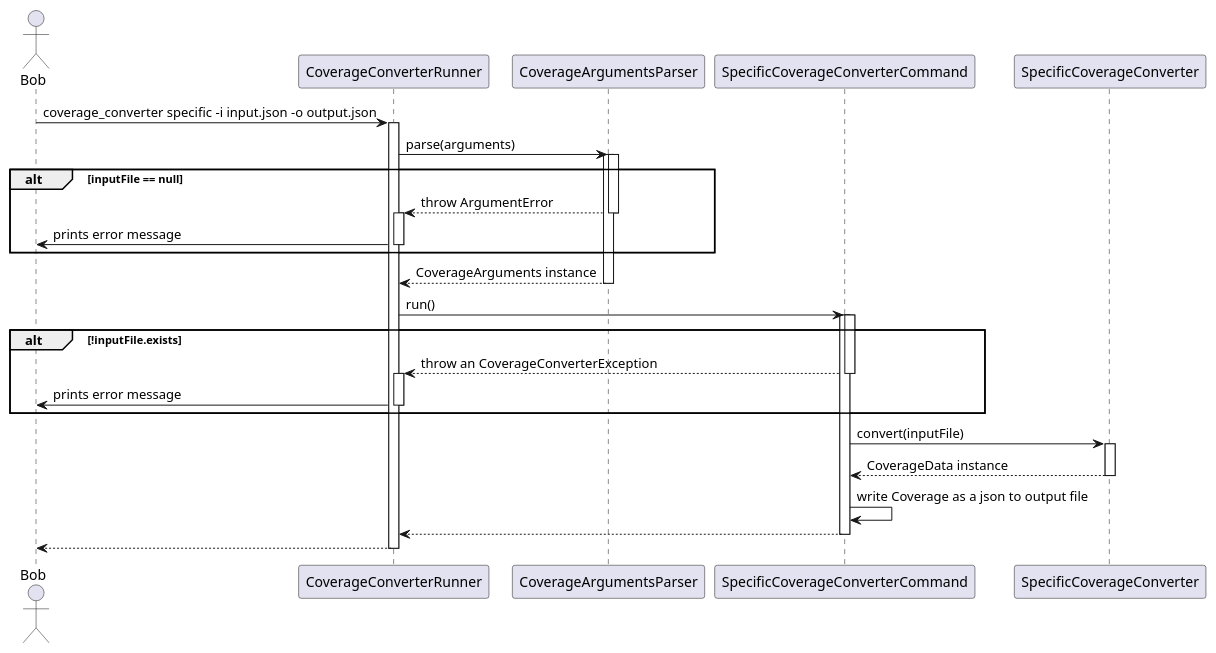
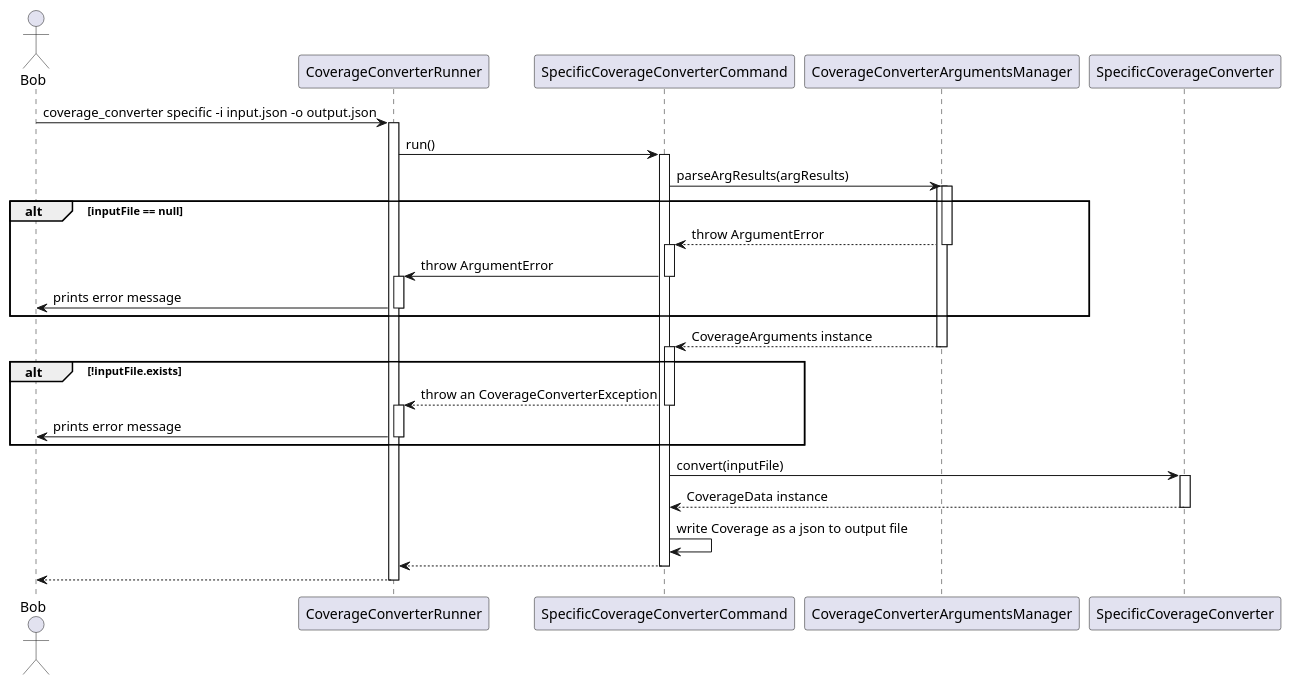
Before and after one commit to Flank/flank-dashboard: the diagram in metrics/coverage_converter/docs/diagrams/coverage_sequence_diagram.puml, drawn with PlantUML. The commit also changed 2 other files, not shown here.

Commit message:
Improve coverage arguments parsing design

```diff
--- a/metrics/coverage_converter/docs/diagrams/coverage_sequence_diagram.puml
+++ b/metrics/coverage_converter/docs/diagrams/coverage_sequence_diagram.puml
@@ -1,51 +1,57 @@
 @startuml coverage_sequence_diagram
-
 
 actor Bob
 
-
 participant CoverageConverterRunner
-participant CoverageArgumentsParser
 participant SpecificCoverageConverterCommand
+participant CoverageConverterArgumentsManager
 participant SpecificCoverageConverter
-
 
 Bob -> CoverageConverterRunner : coverage_converter specific -i input.json -o output.json
 
 activate CoverageConverterRunner
-CoverageConverterRunner -> CoverageArgumentsParser : parse(arguments)
-activate CoverageArgumentsParser
-
-alt inputFile == null
-activate CoverageArgumentsParser
-
-return throw ArgumentError
-activate CoverageConverterRunner
-CoverageConverterRunner -> Bob: prints error message
-deactivate CoverageConverterRunner
-
-end 
-
-return CoverageArguments instance
 CoverageConverterRunner -> SpecificCoverageConverterCommand : run()
 activate SpecificCoverageConverterCommand
 
+SpecificCoverageConverterCommand -> CoverageConverterArgumentsManager : parseArgResults(argResults)
+activate CoverageConverterArgumentsManager
+
+
+alt inputFile == null
+    activate CoverageConverterArgumentsManager
+
+    return throw ArgumentError
+    activate SpecificCoverageConverterCommand
+    ' return throw ArgumentError
+    SpecificCoverageConverterCommand -> CoverageConverterRunner: throw ArgumentError
+    deactivate SpecificCoverageConverterCommand
+    activate CoverageConverterRunner
+    CoverageConverterRunner -> Bob: prints error message
+    deactivate CoverageConverterRunner
+
+end
+
+return CoverageArguments instance
+
+
 alt !inputFile.exists
-activate SpecificCoverageConverterCommand
+    activate SpecificCoverageConverterCommand
 
-return throw an CoverageConverterException
-activate CoverageConverterRunner
+    SpecificCoverageConverterCommand --> CoverageConverterRunner: throw an CoverageConverterException
+    deactivate SpecificCoverageConverterCommand
 
-CoverageConverterRunner -> Bob : prints error message
-deactivate CoverageConverterRunner
+    activate CoverageConverterRunner
+
+    CoverageConverterRunner -> Bob : prints error message
+    deactivate CoverageConverterRunner
 
 end
 
 SpecificCoverageConverterCommand -> SpecificCoverageConverter : convert(inputFile)
 activate SpecificCoverageConverter
 return CoverageData instance
 SpecificCoverageConverterCommand -> SpecificCoverageConverterCommand : write Coverage as a json to output file
-return 
+return
 return
 
 @enduml
```
